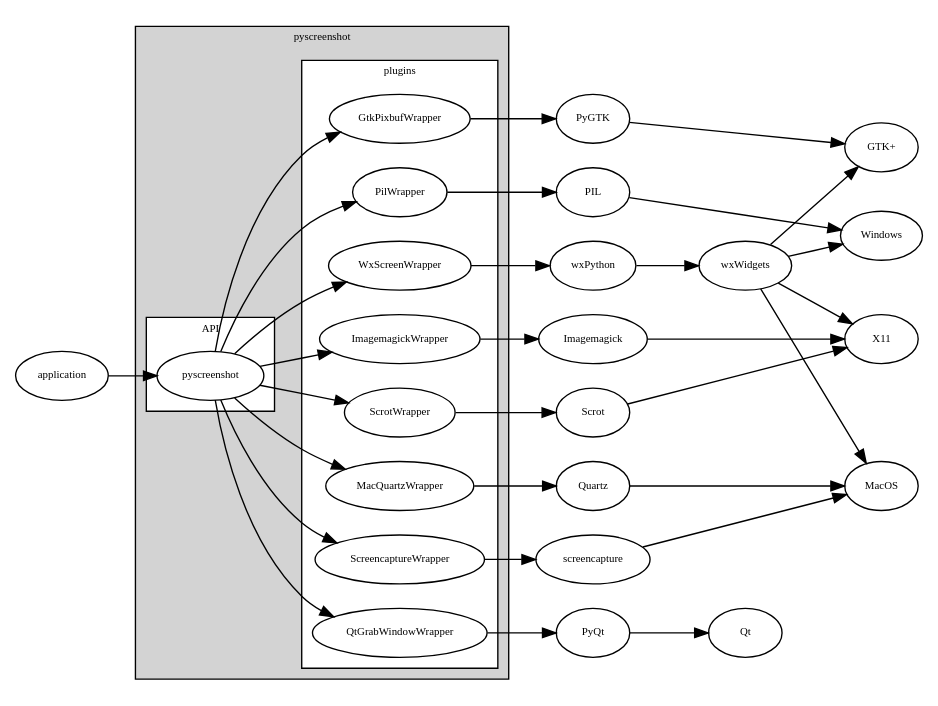
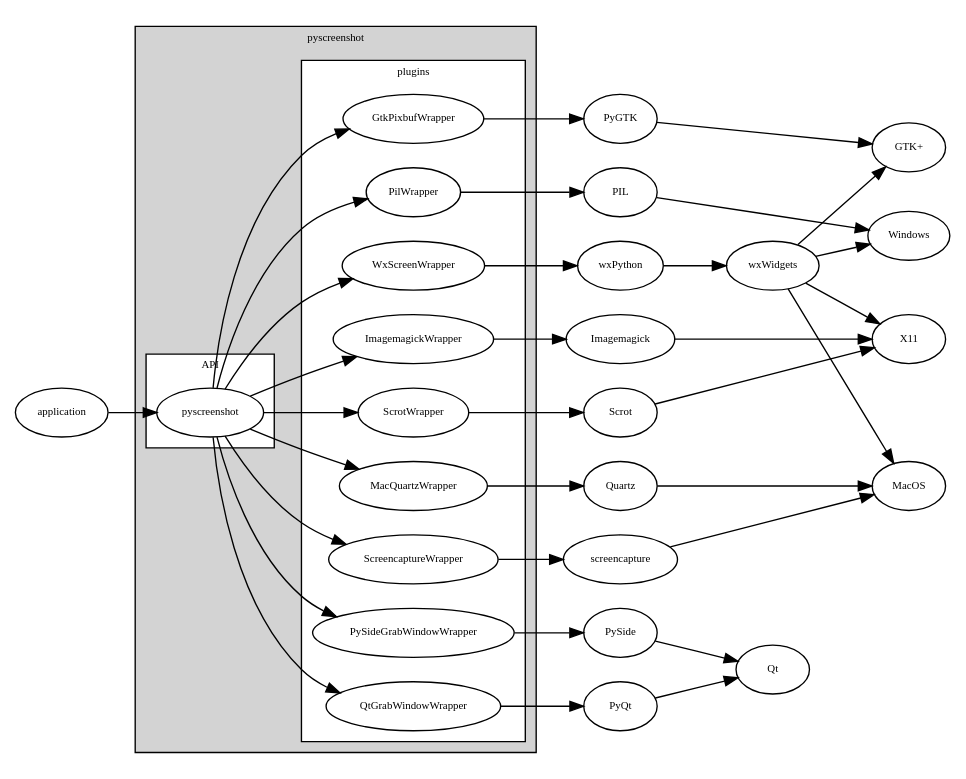
The diagram in docs/hierarchy.rst (ponty/pyscreenshot), drawn with Graphviz before and after one commit.

Commit message:
doc: add PySide

```diff
--- a/docs/hierarchy.rst
+++ b/docs/hierarchy.rst
@@ -4,51 +4,53 @@
 .. graphviz::
 
 	digraph G {
 	rankdir=LR;
 	node [fontsize=8];
 	fontsize=8;
 	
 	subgraph cluster_0 {
 		label = "pyscreenshot";
 		style=filled;
 		fillcolor=lightgrey;
 		subgraph cluster_1 {
 			label = "API";
 			style=filled;
 			fillcolor=white;
 
 			pyscreenshot;
 		}
 		subgraph cluster_2 {
 			style=filled;
 			fillcolor=white;
 			label = "plugins";
 
 			pyscreenshot -> GtkPixbufWrapper;
-			pyscreenshot -> QtGrabWindowWrapper;
+         pyscreenshot -> QtGrabWindowWrapper;
+         pyscreenshot -> PySideGrabWindowWrapper;
 			pyscreenshot -> PilWrapper;
 			pyscreenshot -> ImagemagickWrapper;
 			pyscreenshot -> WxScreenWrapper;
          pyscreenshot -> ScrotWrapper;
          pyscreenshot -> MacQuartzWrapper
          pyscreenshot -> ScreencaptureWrapper
 		}
 	}
-	QtGrabWindowWrapper -> PyQt -> Qt;
+   QtGrabWindowWrapper -> PyQt -> Qt;
+   PySideGrabWindowWrapper -> PySide -> Qt;
 	PilWrapper -> PIL -> Windows;
 	ImagemagickWrapper -> Imagemagick -> X11;
 	ScrotWrapper -> Scrot -> X11;
 	
 	GtkPixbufWrapper -> PyGTK -> "GTK+";
 	WxScreenWrapper -> wxPython -> wxWidgets;
 	wxWidgets -> "GTK+";
 	wxWidgets -> MacOS;
 	wxWidgets -> Windows;
 	wxWidgets -> X11;
 	
    MacQuartzWrapper -> Quartz -> MacOS;
    ScreencaptureWrapper -> screencapture -> MacOS;
 
 	application -> pyscreenshot;
 	
 	}
```
